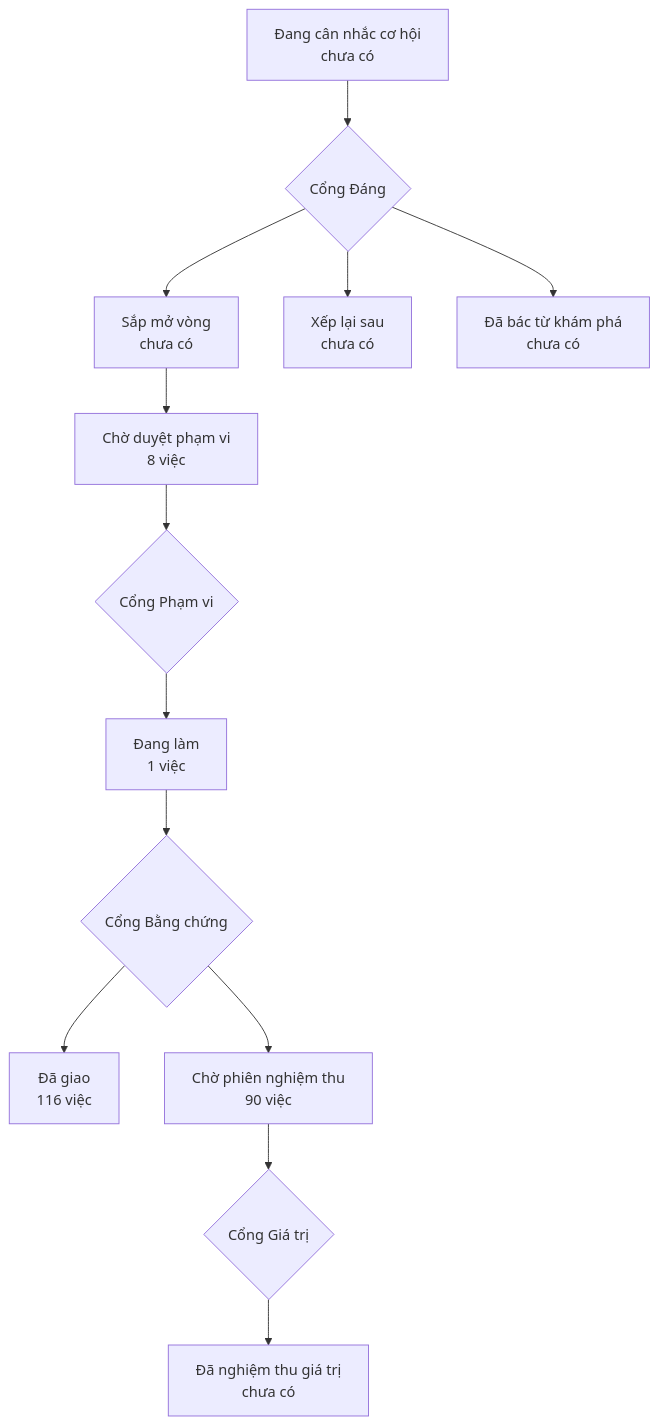
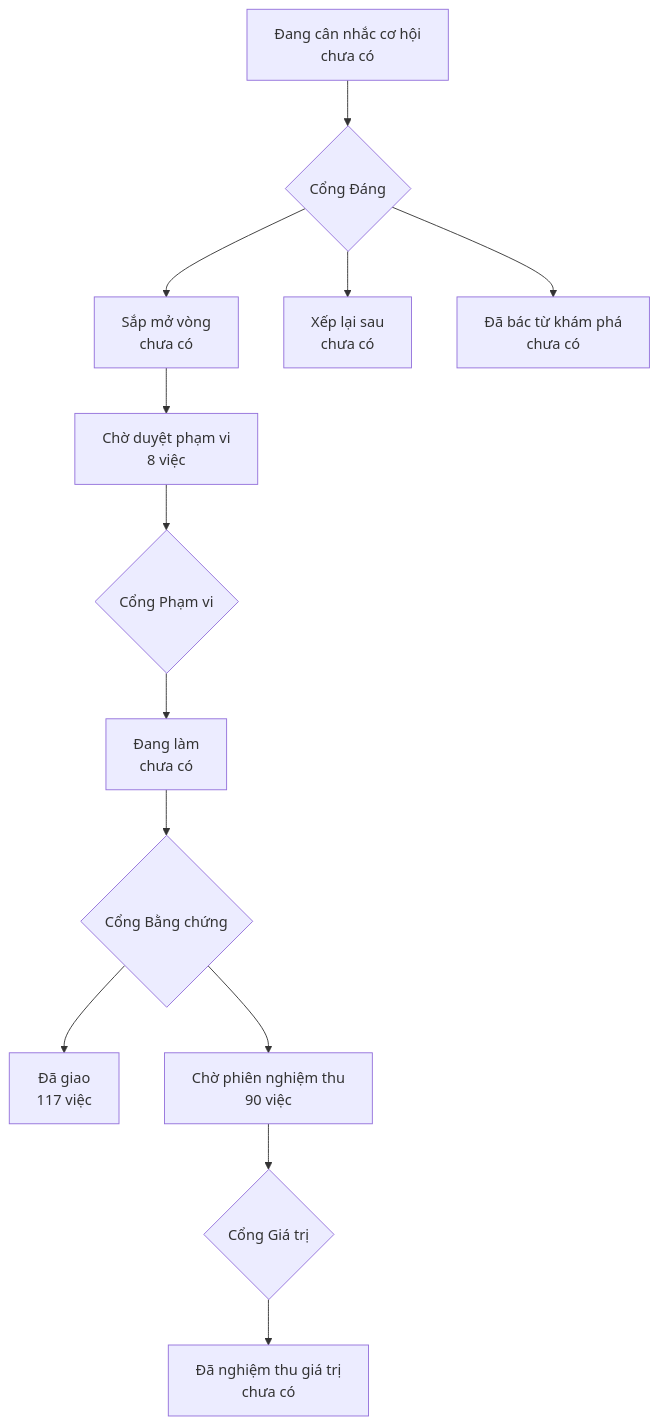
The diagram in PRODUCT-MAP.md (phanlemanh/onehub-invest), drawn with Mermaid before and after one commit. The commit also changed other lines of this file and 4 other files, not shown here.

````diff
--- a/PRODUCT-MAP.md
+++ b/PRODUCT-MAP.md
@@ -7,12 +7,12 @@
 ```mermaid
 flowchart TD
   A["Đang cân nhắc cơ hội<br/>chưa có"] --> GD{"Cổng Đáng"}
   GD --> B["Sắp mở vòng<br/>chưa có"]
   GD --> XL["Xếp lại sau<br/>chưa có"]
   GD --> DB["Đã bác từ khám phá<br/>chưa có"]
   B --> CD["Chờ duyệt phạm vi<br/>8 việc"] --> GP{"Cổng Phạm vi"}
-  GP --> DL["Đang làm<br/>1 việc"] --> GB{"Cổng Bằng chứng"}
-  GB --> DG["Đã giao<br/>116 việc"]
+  GP --> DL["Đang làm<br/>chưa có"] --> GB{"Cổng Bằng chứng"}
+  GB --> DG["Đã giao<br/>117 việc"]
   GB --> CN["Chờ phiên nghiệm thu<br/>90 việc"] --> GG{"Cổng Giá trị"}
   GG --> NT["Đã nghiệm thu giá trị<br/>chưa có"]
 ```
````
